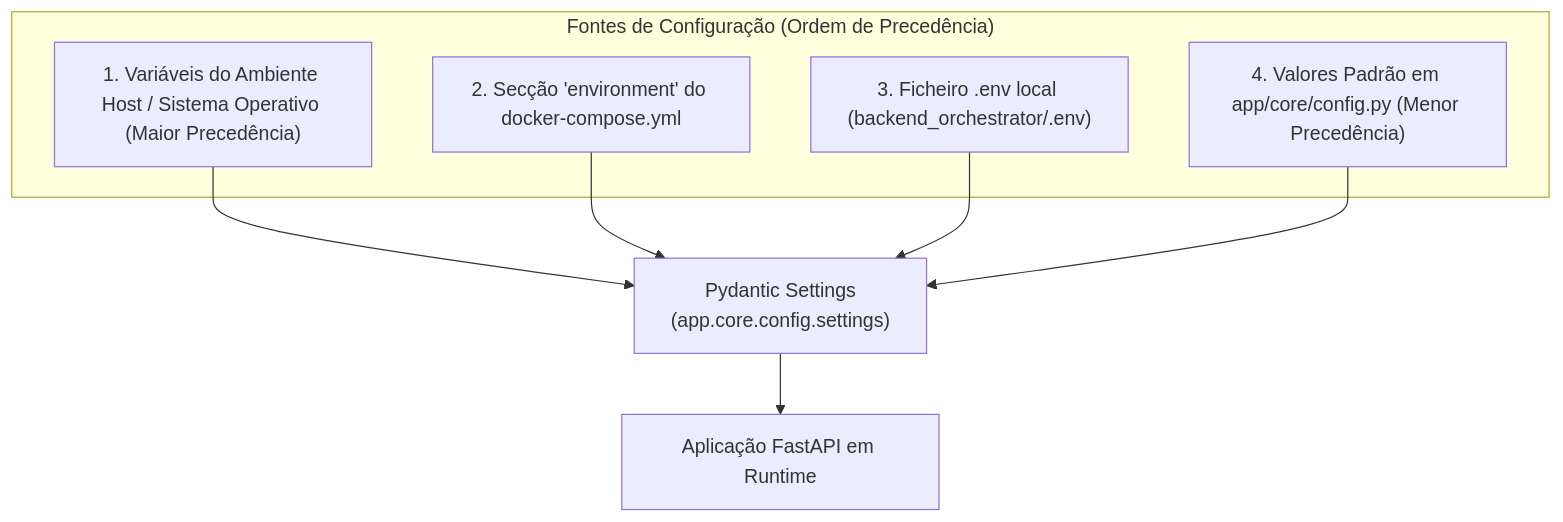
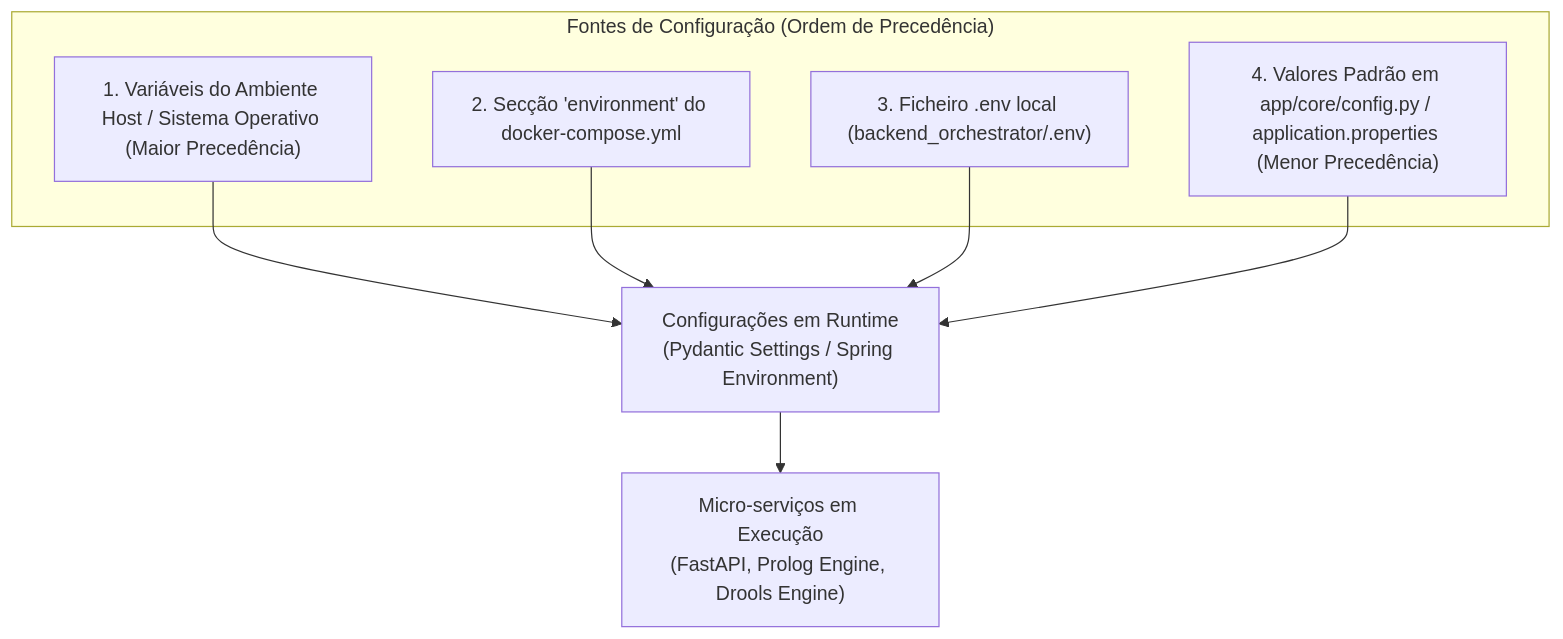
The diagram in docs/deployment/environment_variables.md (Santiago-1211173/meia-equipa3-challenge1-26_27), drawn with Mermaid before and after one commit. The commit also changed other lines of this file and 23 other files, not shown here.

Commit message:
docs: add comprehensive documentation for architecture, API, deployment, and development guides

````diff
--- a/docs/deployment/environment_variables.md
+++ b/docs/deployment/environment_variables.md
@@ -12,16 +14,16 @@
 ```mermaid
 flowchart TD
     subgraph Fontes["Fontes de Configuração (Ordem de Precedência)"]
         CLI["1. Variáveis do Ambiente Host / Sistema Operativo (Maior Precedência)"]
         DC["2. Secção 'environment' do docker-compose.yml"]
         ENV["3. Ficheiro .env local (backend_orchestrator/.env)"]
-        DEF["4. Valores Padrão em app/core/config.py (Menor Precedência)"]
+        DEF["4. Valores Padrão em app/core/config.py / application.properties (Menor Precedência)"]
     end
 
-    CLI --> Settings["Pydantic Settings\n(app.core.config.settings)"]
+    CLI --> Settings["Configurações em Runtime\n(Pydantic Settings / Spring Environment)"]
     DC --> Settings
     ENV --> Settings
     DEF --> Settings
 
-    Settings --> App["Aplicação FastAPI em Runtime"]
+    Settings --> App["Micro-serviços em Execução\n(FastAPI, Prolog Engine, Drools Engine)"]
 ```
````
